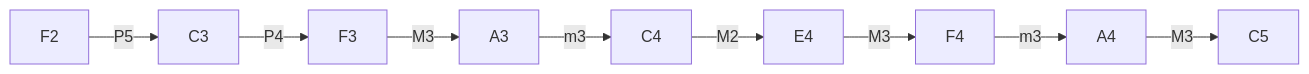
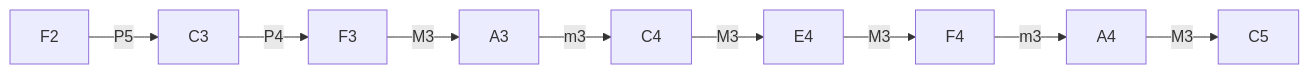
The eighth of 8 diagrams in topics/arts/composition/orchestration/lesson_01_orchestration_basics.md (blebleblee/synapse), drawn with Mermaid before and after one commit. The commit also changed other lines of this file and 112 other files, not shown here.

````diff
--- a/topics/arts/composition/orchestration/lesson_01_orchestration_basics.md
+++ b/topics/arts/composition/orchestration/lesson_01_orchestration_basics.md
@@ -332,21 +332,21 @@
 ```mermaid
 flowchart LR
     F2["F2"]
     C3["C3"]
     F3["F3"]
     A3["A3"]
     C4["C4"]
     E4["E4"]
     F4["F4"]
     A4["A4"]
     C5["C5"]
     
     F2 -->|"P5"| C3
     C3 -->|"P4"| F3
     F3 -->|"M3"| A3
     A3 -->|"m3"| C4
-    C4 -->|"M2"| E4
+    C4 -->|"M3"| E4
     E4 -->|"M3"| F4
     F4 -->|"m3"| A4
     A4 -->|"M3"| C5
 ```
````
